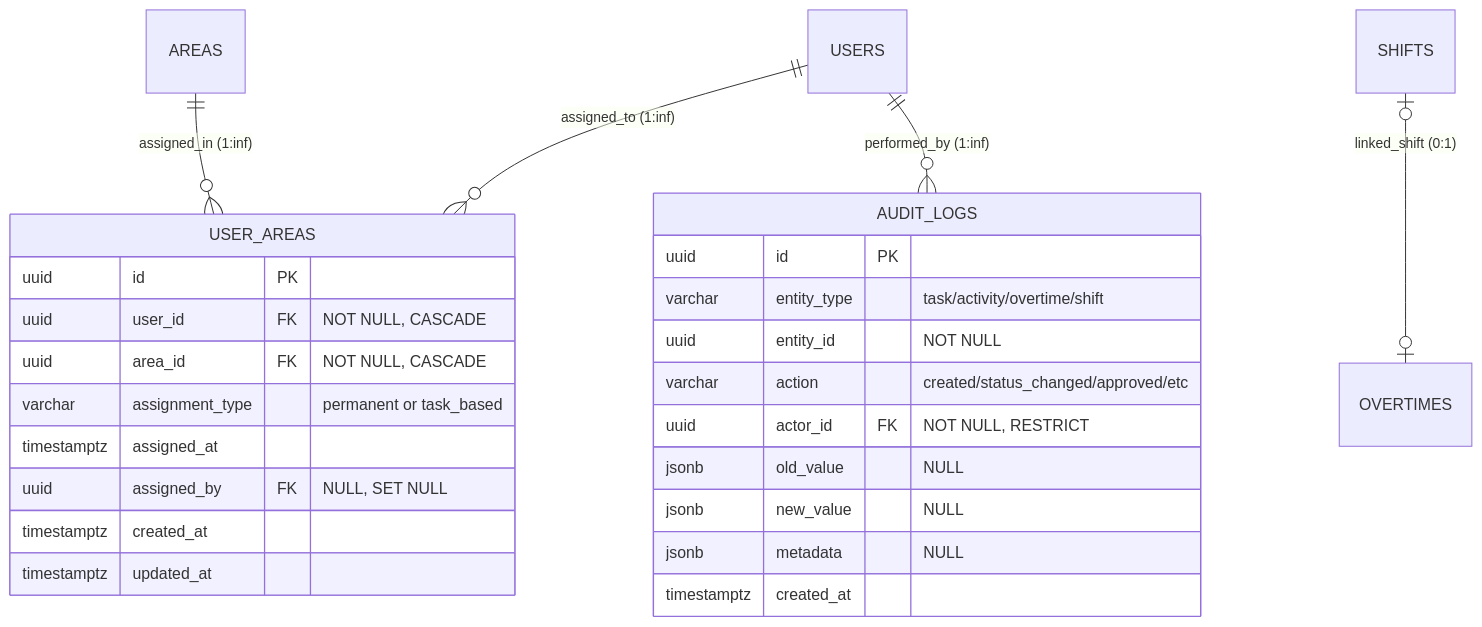
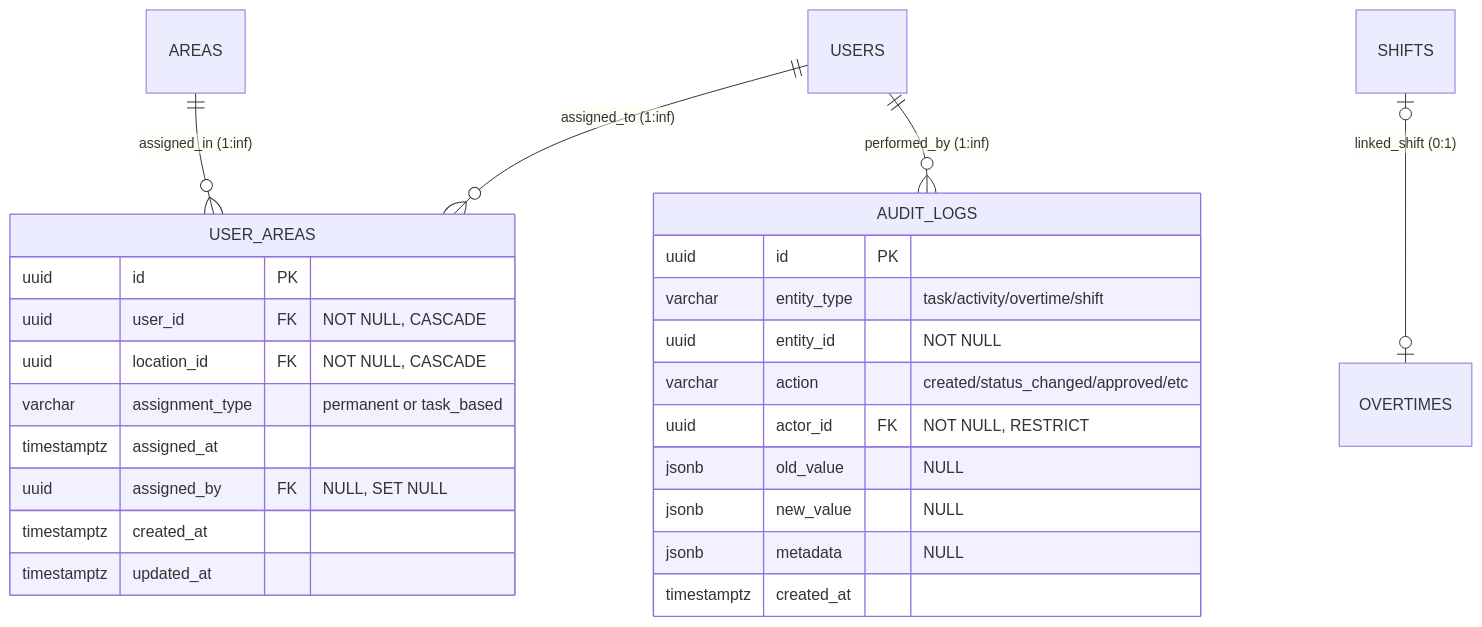
One commit to dlhsby/sekar changed the tenth of 13 diagrams in specs/database/erd.md. Above: the diagram before and after it, drawn with Mermaid. The commit also changed other lines of this file and 45 other files, not shown here.

First line of the commit message:
docs(specs): sweep Area→Location terminology on the revamp line

````diff
--- a/specs/database/erd.md
+++ b/specs/database/erd.md
@@ -609,30 +609,30 @@
 ```mermaid
 erDiagram
     USERS ||--o{ USER_AREAS : "assigned_to (1:inf)"
     AREAS ||--o{ USER_AREAS : "assigned_in (1:inf)"
     USERS ||--o{ AUDIT_LOGS : "performed_by (1:inf)"
     SHIFTS o|--o| OVERTIMES : "linked_shift (0:1)"
 
     USER_AREAS {
         uuid id PK
         uuid user_id FK "NOT NULL, CASCADE"
-        uuid area_id FK "NOT NULL, CASCADE"
+        uuid location_id FK "NOT NULL, CASCADE"
         varchar assignment_type "permanent or task_based"
         timestamptz assigned_at
         uuid assigned_by FK "NULL, SET NULL"
         timestamptz created_at
         timestamptz updated_at
     }
 
     AUDIT_LOGS {
         uuid id PK
         varchar entity_type "task/activity/overtime/shift"
         uuid entity_id "NOT NULL"
         varchar action "created/status_changed/approved/etc"
         uuid actor_id FK "NOT NULL, RESTRICT"
         jsonb old_value "NULL"
         jsonb new_value "NULL"
         jsonb metadata "NULL"
         timestamptz created_at
     }
 ```
````
